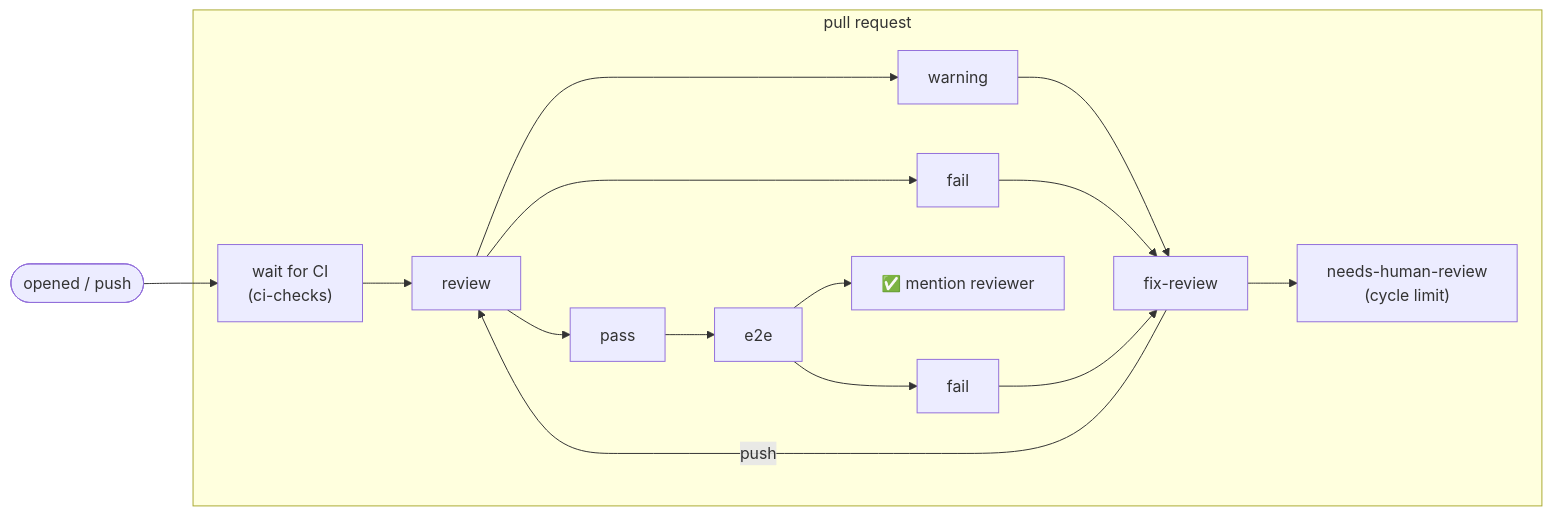
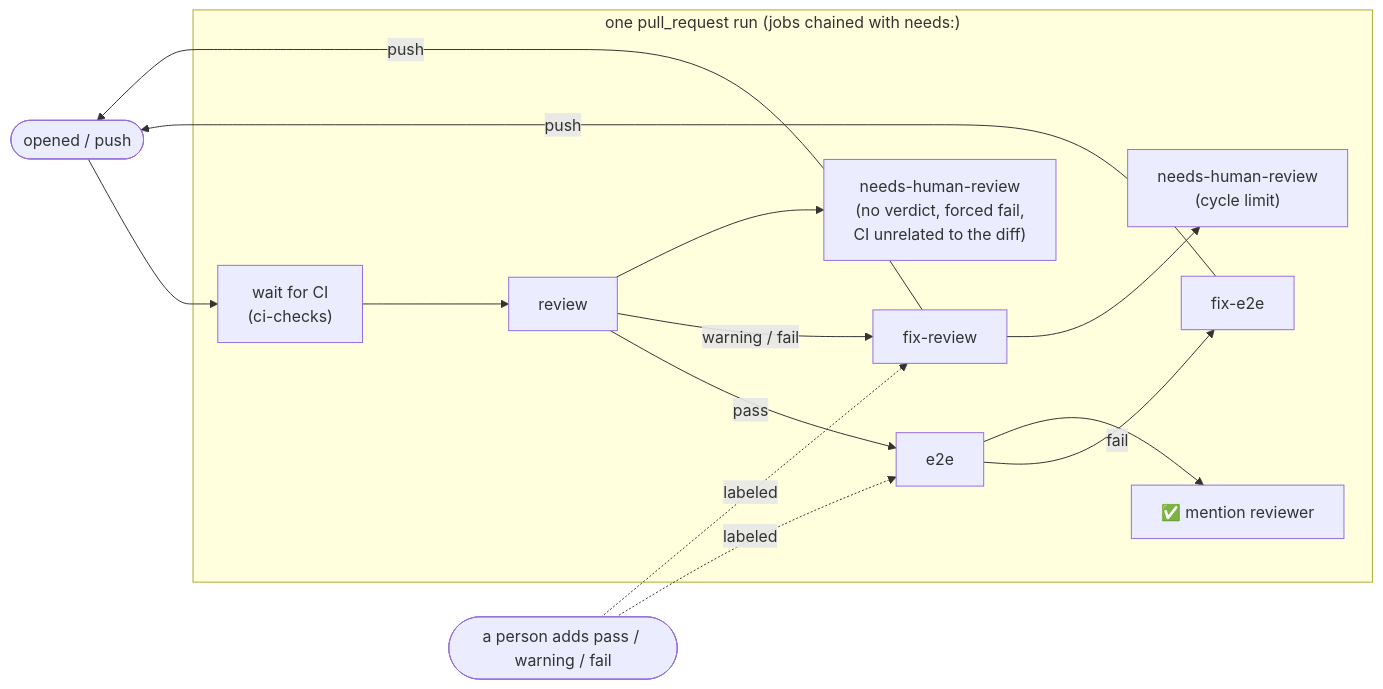
The second of 2 diagrams in docs/architecture.md (jmformenti/patufet), drawn with Mermaid before and after one commit. The commit also changed other lines of this file and 17 other files, not shown here.

First line of the commit message:
feat!: chain the stages after a review with needs: and keep the state out of Claude

````diff
--- a/docs/architecture.md
+++ b/docs/architecture.md
@@ -48,18 +48,17 @@
 ```mermaid
 flowchart LR
     trigger(["opened / push"]) --> wait["wait for CI<br/>(ci-checks)"]
-    subgraph pr["pull request"]
+    subgraph run["one pull_request run (jobs chained with needs:)"]
         wait --> review
-        review --> pass
-        review --> warning
-        review --> fail
-        pass --> e2e
+        review -->|pass| e2e
+        review -->|warning / fail| fix[fix-review]
+        e2e -->|fail| fixe2e[fix-e2e]
         e2e --> ok["✅ mention reviewer"]
-        e2e --> e2efail[fail]
-        warning --> fix[fix-review]
-        fail --> fix
-        e2efail --> fix
-        fix -->|push| review
-        fix --> nhr["needs-human-review<br/>(cycle limit)"]
+        review --> nhr["needs-human-review<br/>(no verdict, forced fail,<br/>CI unrelated to the diff)"]
+        fix --> nhrc["needs-human-review<br/>(cycle limit)"]
     end
+    fix -->|push| trigger
+    fixe2e -->|push| trigger
+    human(["a person adds pass / warning / fail"]) -.->|labeled| e2e
+    human -.->|labeled| fix
 ```
````
